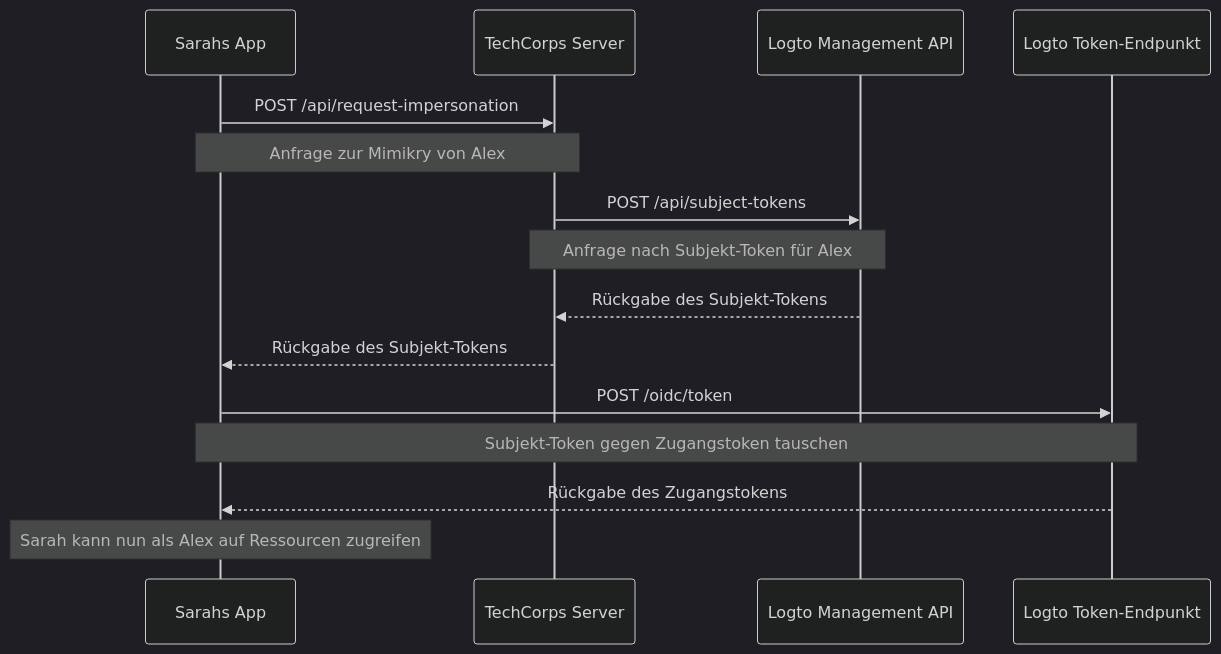
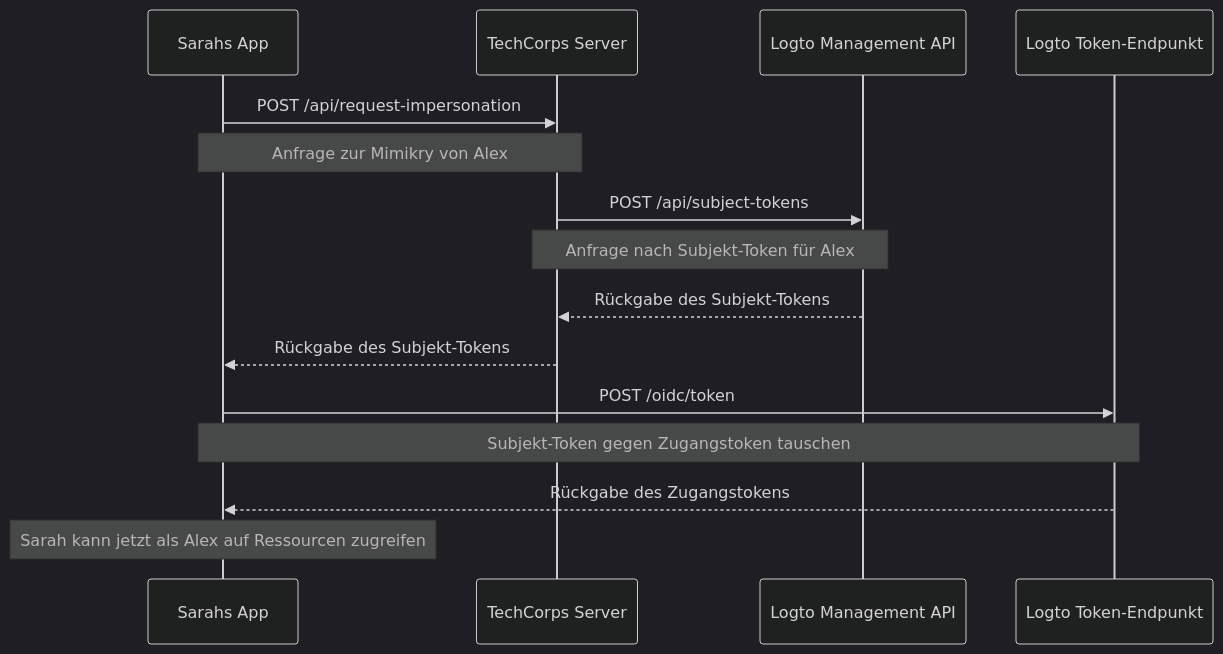
Before and after one commit to logto-io/docs: the diagram in i18n/de/docusaurus-plugin-content-docs/current/developers/user-impersonation.mdx, drawn with Mermaid (dark theme). The commit also changed other lines of this file and 666 other files, not shown here.

````diff
--- a/i18n/de/docusaurus-plugin-content-docs/current/developers/user-impersonation.mdx
+++ b/i18n/de/docusaurus-plugin-content-docs/current/developers/user-impersonation.mdx
@@ -18,22 +18,22 @@
 ```mermaid
 sequenceDiagram
     participant Sarah as Sarahs App
     participant TechCorp as TechCorps Server
     participant Logto as Logto Management API
     participant LogtoToken as Logto Token-Endpunkt
 
     Sarah->>TechCorp: POST /api/request-impersonation
     Note over Sarah,TechCorp: Anfrage zur Mimikry von Alex
 
     TechCorp->>Logto: POST /api/subject-tokens
     Note over TechCorp,Logto: Anfrage nach Subjekt-Token für Alex
 
     Logto-->>TechCorp: Rückgabe des Subjekt-Tokens
     TechCorp-->>Sarah: Rückgabe des Subjekt-Tokens
 
     Sarah->>LogtoToken: POST /oidc/token
     Note over Sarah,LogtoToken: Subjekt-Token gegen Zugangstoken tauschen
 
     LogtoToken-->>Sarah: Rückgabe des Zugangstokens
-    Note over Sarah: Sarah kann nun als Alex auf Ressourcen zugreifen
+    Note over Sarah: Sarah kann jetzt als Alex auf Ressourcen zugreifen
 ```
````
